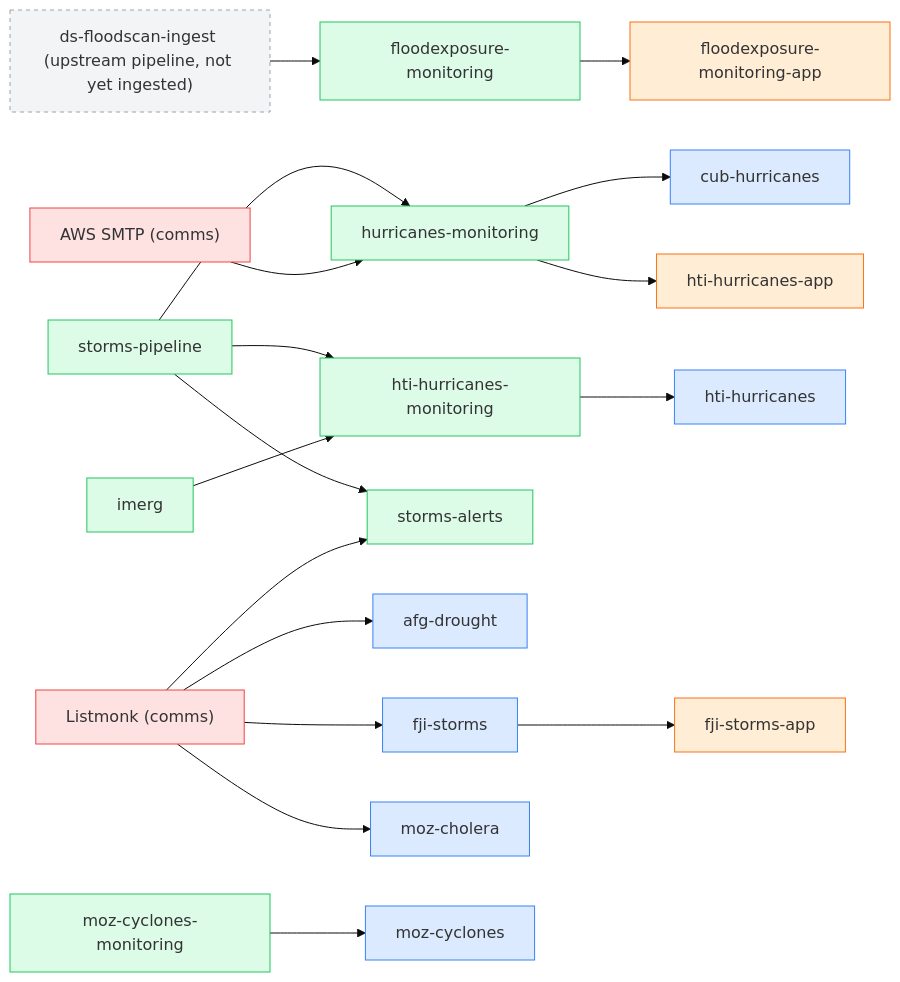
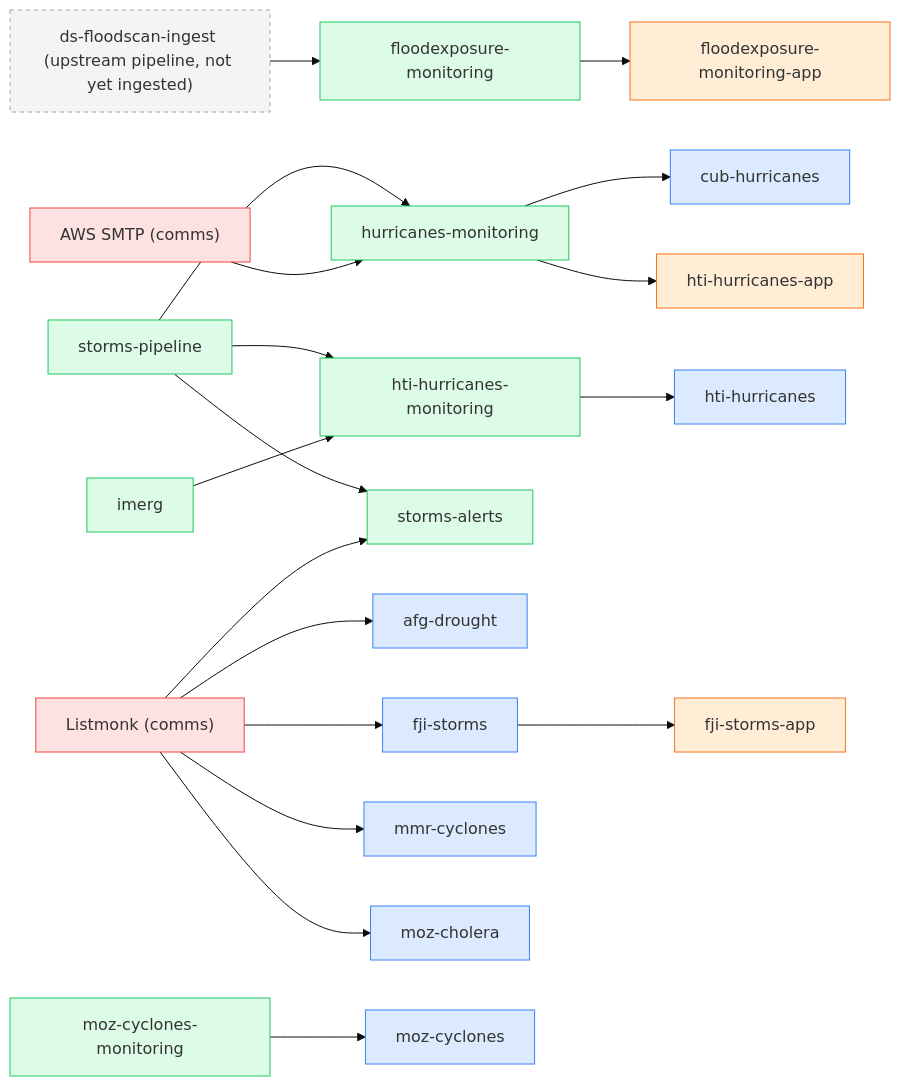
Before and after one commit to OCHA-DAP/ds-knowledge-base: the diagram in infrastructure/dependency-graph.md, drawn with Mermaid (base theme). The commit also changed other lines of this file and 22 other files, not shown here.

````diff
--- a/infrastructure/dependency-graph.md
+++ b/infrastructure/dependency-graph.md
@@ -26,48 +26,50 @@
 ```mermaid
 graph LR
   n_aws_smtp["AWS SMTP (comms)"]
   n_listmonk["Listmonk (comms)"]
   n_floodscan_ingest["ds-floodscan-ingest (upstream pipeline, not yet ingested)"]
   n_floodexposure_monitoring["floodexposure-monitoring"]
   n_hti_hurricanes_monitoring["hti-hurricanes-monitoring"]
   n_hurricanes_monitoring["hurricanes-monitoring"]
   n_imerg["imerg"]
   n_moz_cyclones_monitoring["moz-cyclones-monitoring"]
   n_storms_alerts["storms-alerts"]
   n_storms_pipeline["storms-pipeline"]
   n_fji_storms_app["fji-storms-app"]
   n_floodexposure_monitoring_app["floodexposure-monitoring-app"]
   n_hti_hurricanes_app["hti-hurricanes-app"]
   n_afg_drought["afg-drought"]
   n_cub_hurricanes["cub-hurricanes"]
   n_fji_storms["fji-storms"]
   n_hti_hurricanes["hti-hurricanes"]
+  n_mmr_cyclones["mmr-cyclones"]
   n_moz_cholera["moz-cholera"]
   n_moz_cyclones["moz-cyclones"]
   n_listmonk --> n_afg_drought
   n_hurricanes_monitoring --> n_cub_hurricanes
   n_listmonk --> n_fji_storms
   n_fji_storms --> n_fji_storms_app
   n_floodscan_ingest --> n_floodexposure_monitoring
   n_floodexposure_monitoring --> n_floodexposure_monitoring_app
   n_hti_hurricanes_monitoring --> n_hti_hurricanes
   n_hurricanes_monitoring --> n_hti_hurricanes_app
   n_imerg --> n_hti_hurricanes_monitoring
   n_storms_pipeline --> n_hti_hurricanes_monitoring
   n_aws_smtp --> n_hurricanes_monitoring
   n_storms_pipeline --> n_hurricanes_monitoring
+  n_listmonk --> n_mmr_cyclones
   n_listmonk --> n_moz_cholera
   n_moz_cyclones_monitoring --> n_moz_cyclones
   n_listmonk --> n_storms_alerts
   n_storms_pipeline --> n_storms_alerts
   classDef framework fill:#dbeafe,stroke:#3b82f6;
   classDef pipeline fill:#dcfce7,stroke:#22c55e;
   classDef app fill:#ffedd5,stroke:#f97316;
   classDef infra fill:#fee2e2,stroke:#ef4444;
   classDef external fill:#f3f4f6,stroke:#9ca3af,stroke-dasharray:4;
-  class n_afg_drought,n_moz_cholera,n_hti_hurricanes,n_moz_cyclones,n_fji_storms,n_cub_hurricanes framework;
-  class n_imerg,n_hurricanes_monitoring,n_floodexposure_monitoring,n_moz_cyclones_monitoring,n_hti_hurricanes_monitoring,n_storms_alerts,n_storms_pipeline pipeline;
-  class n_floodexposure_monitoring_app,n_hti_hurricanes_app,n_fji_storms_app app;
-  class n_aws_smtp,n_listmonk infra;
+  class n_moz_cyclones,n_cub_hurricanes,n_fji_storms,n_hti_hurricanes,n_mmr_cyclones,n_afg_drought,n_moz_cholera framework;
+  class n_storms_alerts,n_imerg,n_moz_cyclones_monitoring,n_hurricanes_monitoring,n_storms_pipeline,n_floodexposure_monitoring,n_hti_hurricanes_monitoring pipeline;
+  class n_fji_storms_app,n_hti_hurricanes_app,n_floodexposure_monitoring_app app;
+  class n_listmonk,n_aws_smtp infra;
   class n_floodscan_ingest external;
 ```
````
